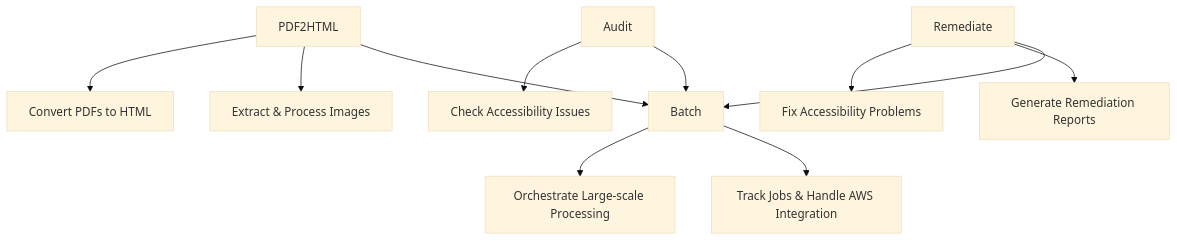
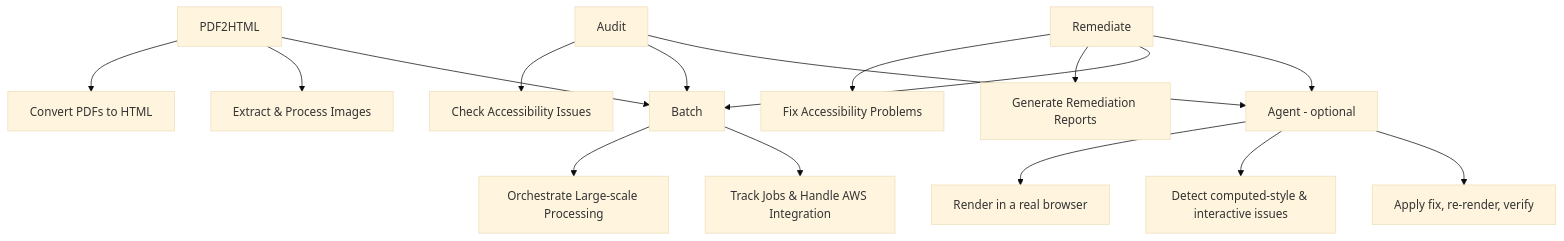
The first of 5 diagrams in README.md (awslabs/content-accessibility-utility-on-aws), drawn with Mermaid (base theme) before and after one commit. The commit also changed other lines of this file and 89 other files, not shown here.

First line of the commit message:
feat: add browser-backed rendered audit + accessibility agent, and a managed AgentCore deployment (#7)

````diff
--- a/README.md
+++ b/README.md
@@ -138,14 +212,19 @@
 ```mermaid
 graph TD
     A[PDF2HTML] --> B[Convert PDFs to HTML]
     A --> C[Extract & Process Images]
     D[Audit] --> E[Check Accessibility Issues]
     F[Remediate] --> G[Fix Accessibility Problems]
     F --> H[Generate Remediation Reports]
     I[Batch] --> J[Orchestrate Large-scale Processing]
     I --> K[Track Jobs & Handle AWS Integration]
-    
+    L[Agent - optional] --> M[Render in a real browser]
+    L --> N[Detect computed-style & interactive issues]
+    L --> O[Apply fix, re-render, verify]
+
     A --> I
     D --> I
     F --> I
+    D --> L
+    F --> L
 ```
````
